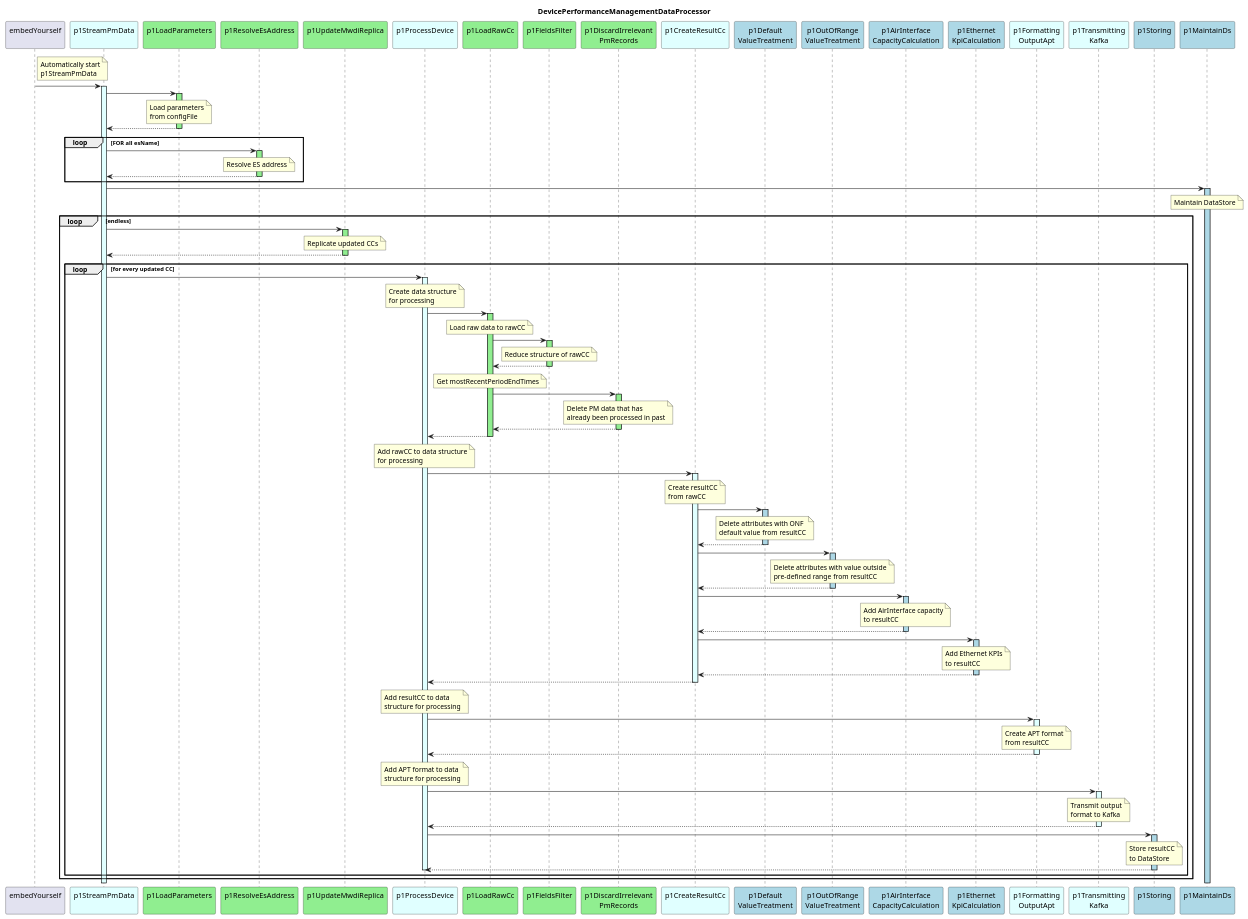
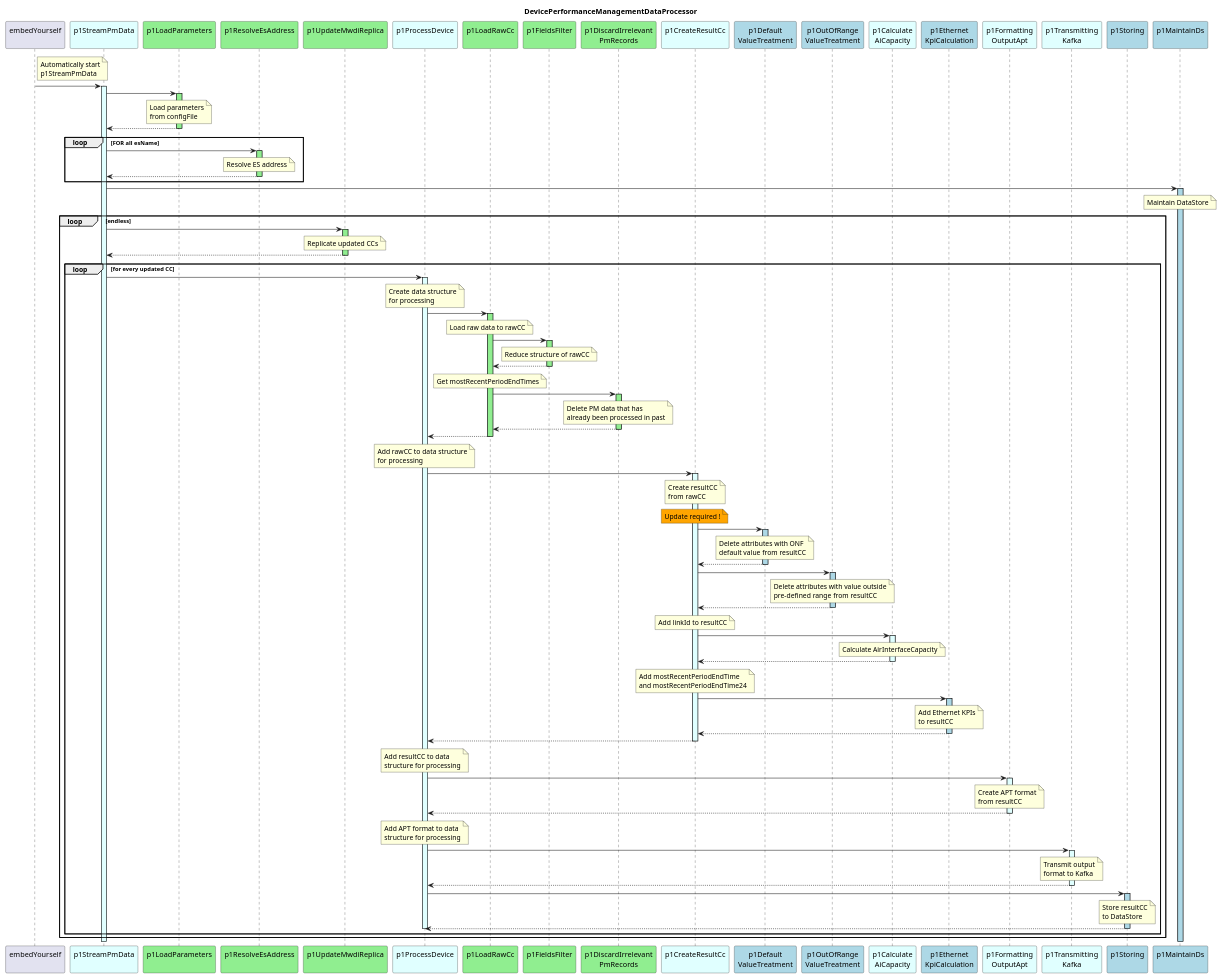
The diagram in spec/diagrams/hl_sequence.plantuml (openBackhaul/DevicePerformanceManagementDataProcessor), drawn with PlantUML before and after one commit. The commit also changed 9 other files, not shown here.

Commit message:
Add findMostRecentPeriodEndTime to p1CreateResultCc

```diff
--- a/spec/diagrams/hl_sequence.plantuml
+++ b/spec/diagrams/hl_sequence.plantuml
@@ -21,7 +21,7 @@
 participant "p1Default\nValueTreatment" as p1DefaultValues #LightBlue
 participant "p1OutOfRange\nValueTreatment" as p1OutOfRange #LightBlue
 
-participant "p1AirInterface\nCapacityCalculation" as p1AirKpi #LightBlue
+participant "p1Calculate\nAiCapacity" as aiCC #LightCyan
 participant "p1Ethernet\nKpiCalculation" as p1EthKpi #LightBlue
 
 participant "p1Formatting\nOutputApt" as p1Output #LightCyan
@@ -138,6 +138,10 @@
             from rawCC
           end note
 
+          note over p1CreateResultCC #Orange
+            Update required !
+          end note
+
           ' process default values ->
           p1CreateResultCC -> p1DefaultValues
           activate p1DefaultValues #LightBlue
@@ -162,17 +166,25 @@
           p1CreateResultCC <-- p1OutOfRange
           deactivate p1OutOfRange
 
+          note over p1CreateResultCC
+            Add linkId to resultCC
+          end note
+
           ' get AirIf KPIs ->
-          p1CreateResultCC -> p1AirKpi
-          activate p1AirKpi #LightBlue
+          p1CreateResultCC -> aiCC
+          activate aiCC #LightCyan
 
-            note over p1AirKpi
-              Add AirInterface capacity
-              to resultCC
+            note over aiCC
+              Calculate AirInterfaceCapacity
             end note
 
-          p1CreateResultCC <-- p1AirKpi
-          deactivate p1AirKpi
+          p1CreateResultCC <-- aiCC
+          deactivate aiCC
+
+          note over p1CreateResultCC
+            Add mostRecentPeriodEndTime
+            and mostRecentPeriodEndTime24
+          end note
 
           ' get EthContainer KPIs ->
           p1CreateResultCC -> p1EthKpi
```
